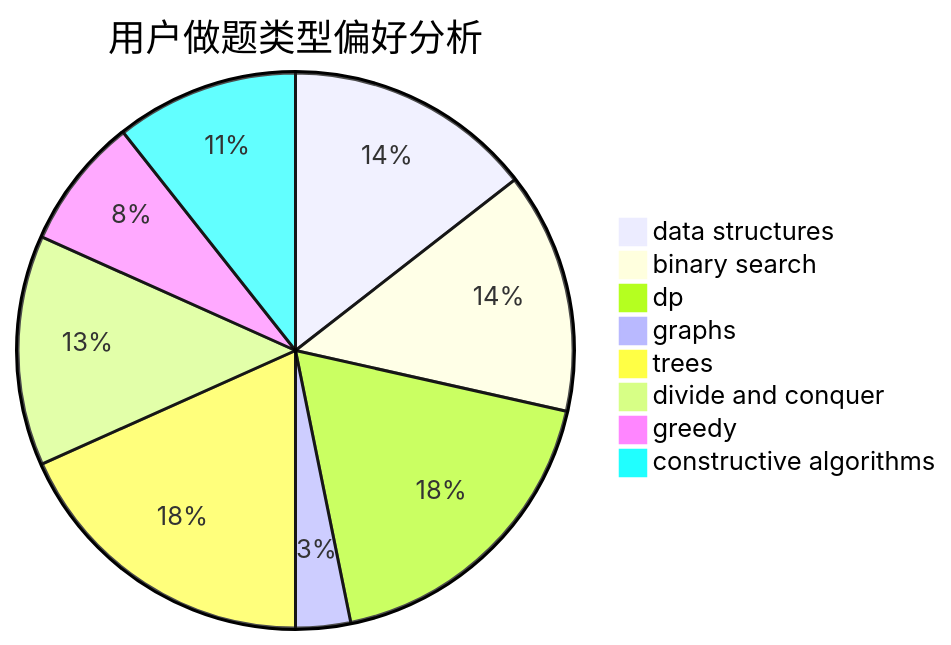
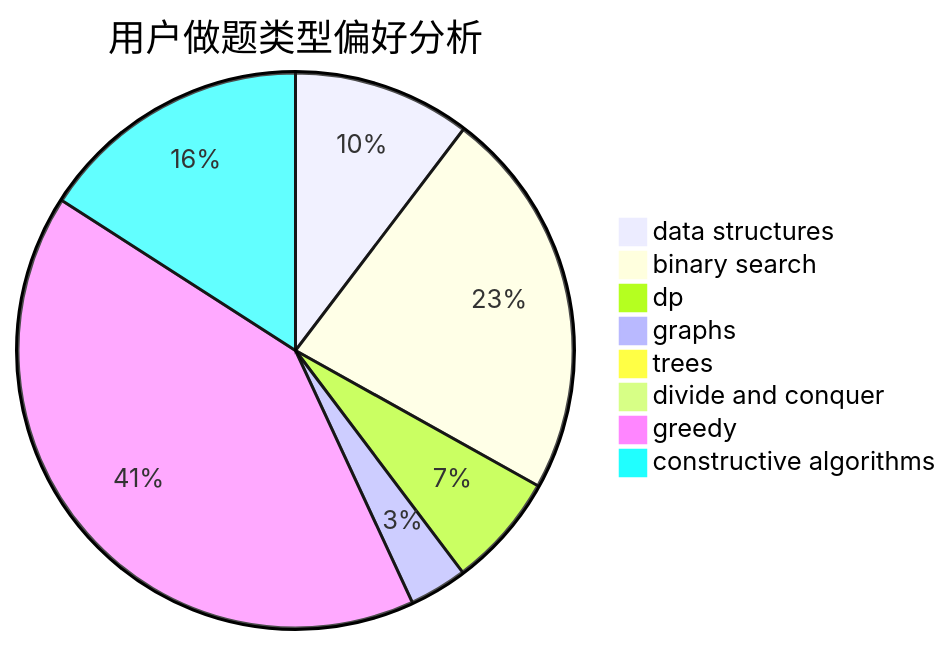
The second of 3 diagrams in docs/user/u94.md (sherpahu/cfrs.github.io), drawn with Mermaid before and after one commit. The commit also changed other lines of this file and 2770 other files, not shown here.

````diff
--- a/docs/user/u94.md
+++ b/docs/user/u94.md
@@ -23,11 +23,11 @@
 ```mermaid
 pie title 用户做题类型偏好分析
-    "data structures" :  68
-    "binary search" :  66
-    "dp" :  86
-    "graphs" :  15
-    "trees" :  86
-    "divide and conquer" :  63
-    "greedy" :  36
-    "constructive algorithms" :  50
+    "data structures" :  89
+    "binary search" :  196
+    "dp" :  57
+    "graphs" :  29
+    "trees" :  4
+    "divide and conquer" :  0
+    "greedy" :  353
+    "constructive algorithms" :  137
 ```
````
